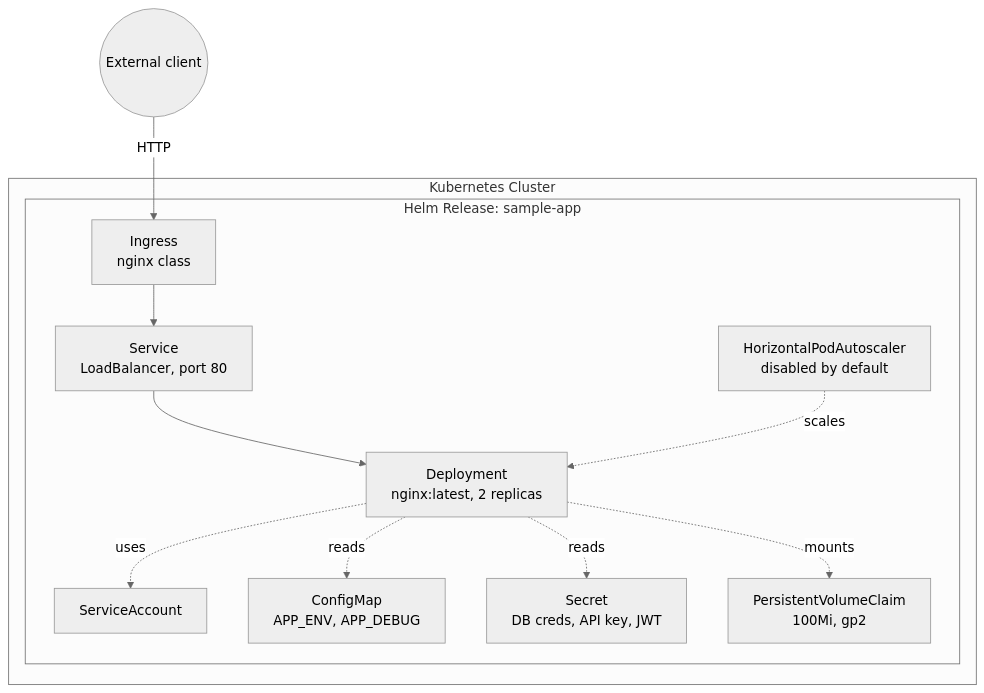
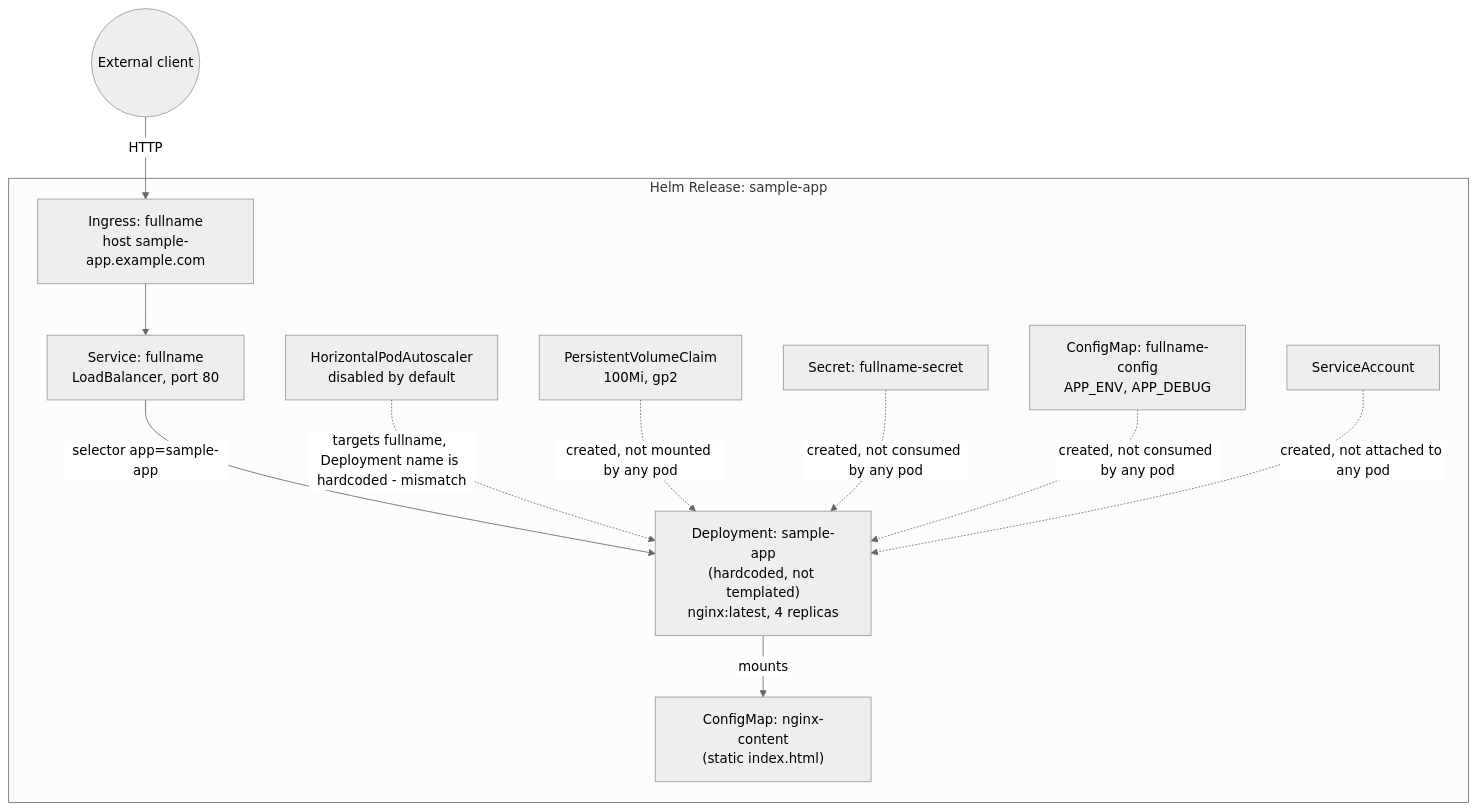
The diagram in README.md (soodrajesh/Helm-NGINX-Kubernetes-APP-Deployment), drawn with Mermaid (neutral theme) before and after one commit. The commit also changed other lines of this file and 2 other files, not shown here.

First line of the commit message:
Fix Service selector, restore wrongly-deleted ConfigMap, correct README claims

````diff
--- a/README.md
+++ b/README.md
@@ -9,24 +15,24 @@
 ```mermaid
 flowchart TB
-    subgraph Cluster["Kubernetes Cluster"]
-        subgraph Release["Helm Release: sample-app"]
-            SA[ServiceAccount]
-            CM[ConfigMap<br/>APP_ENV, APP_DEBUG]
-            SEC[Secret<br/>DB creds, API key, JWT]
-            PVC[PersistentVolumeClaim<br/>100Mi, gp2]
-            DEP[Deployment<br/>nginx:latest, 2 replicas]
-            SVC[Service<br/>LoadBalancer, port 80]
-            ING[Ingress<br/>nginx class]
-            HPA[HorizontalPodAutoscaler<br/>disabled by default]
-        end
+    subgraph Release["Helm Release: sample-app"]
+        DEP["Deployment: sample-app\n(hardcoded, not templated)\nnginx:latest, 4 replicas"]
+        CM1["ConfigMap: nginx-content\n(static index.html)"]
+        SVC["Service: fullname\nLoadBalancer, port 80"]
+        ING["Ingress: fullname\nhost sample-app.example.com"]
+        HPA["HorizontalPodAutoscaler\ndisabled by default"]
+        PVC["PersistentVolumeClaim\n100Mi, gp2"]
+        SEC["Secret: fullname-secret"]
+        CM2["ConfigMap: fullname-config\nAPP_ENV, APP_DEBUG"]
+        SA["ServiceAccount"]
     end
 
     Client((External client)) -->|HTTP| ING
     ING --> SVC
-    SVC --> DEP
-    DEP -.mounts.-> PVC
-    DEP -.uses.-> SA
-    DEP -.reads.-> CM
-    DEP -.reads.-> SEC
-    HPA -.scales.-> DEP
+    SVC -->|selector app=sample-app| DEP
+    DEP -->|mounts| CM1
+    HPA -.->|targets fullname, Deployment name is hardcoded - mismatch| DEP
+    PVC -.->|created, not mounted by any pod| DEP
+    SEC -.->|created, not consumed by any pod| DEP
+    CM2 -.->|created, not consumed by any pod| DEP
+    SA -.->|created, not attached to any pod| DEP
 ```
````
